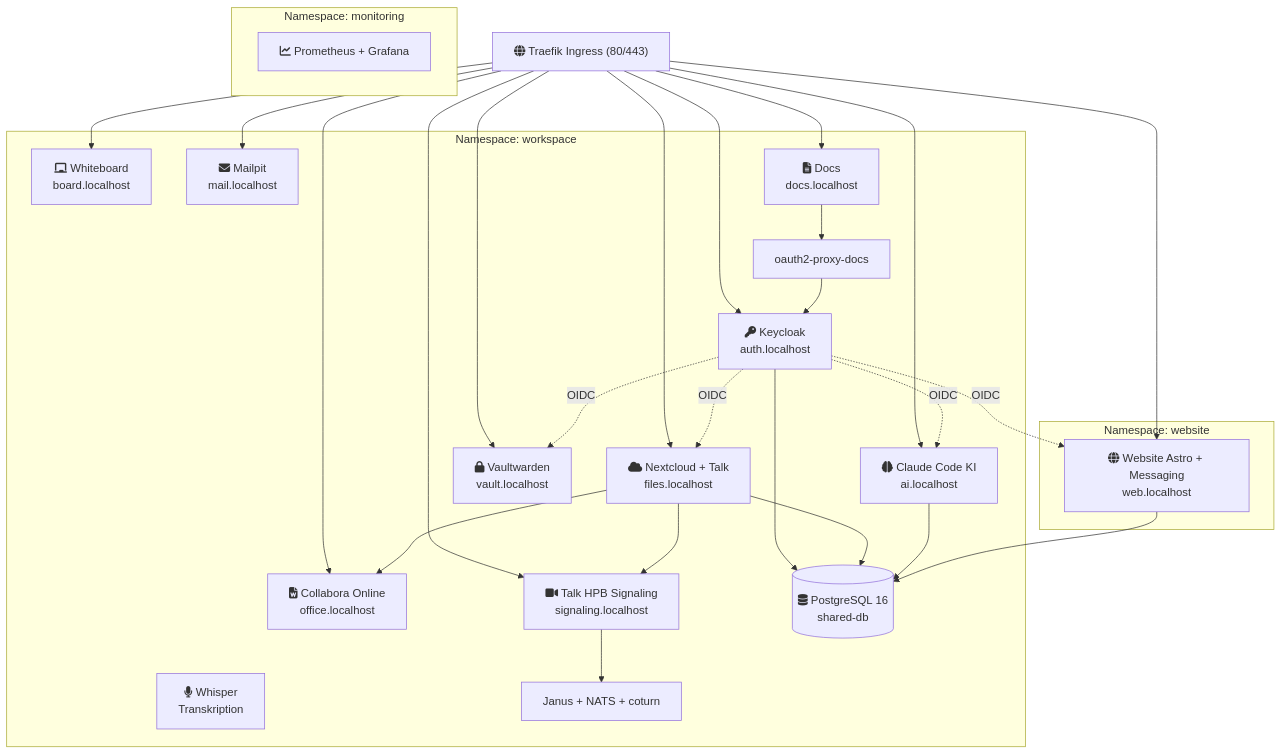
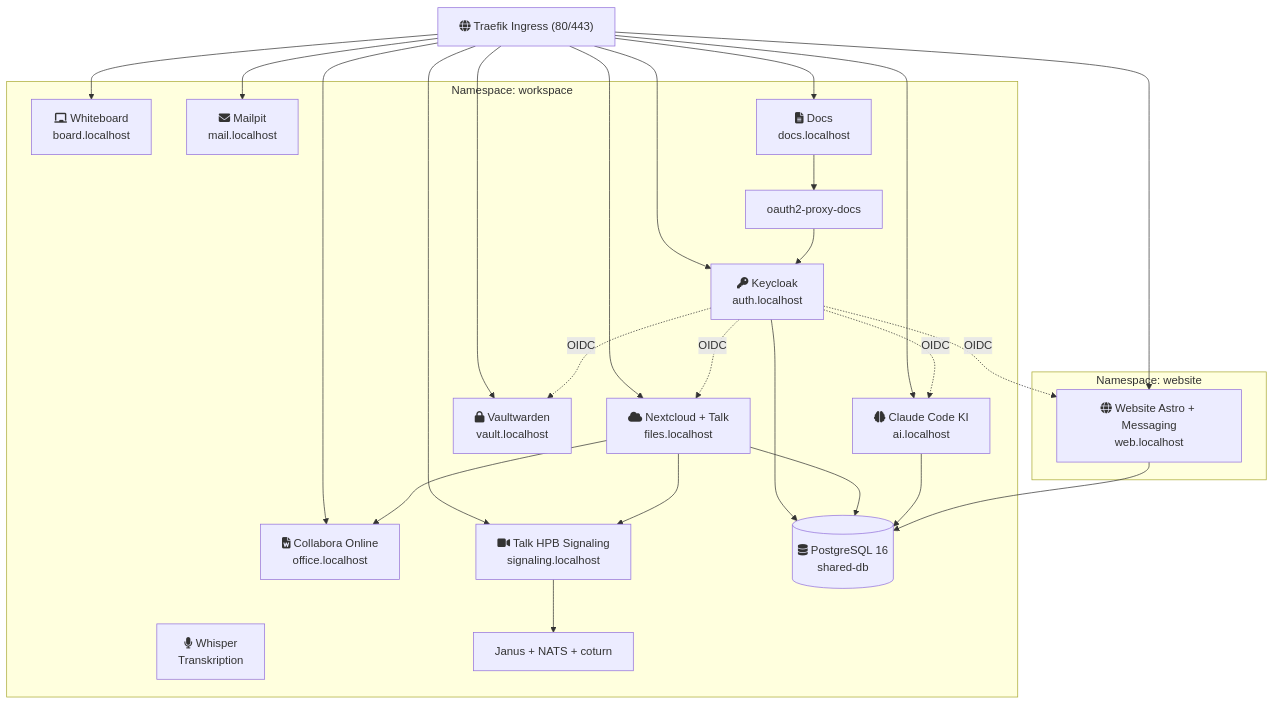
The diagram in CLAUDE.md (Paddione/Bachelorprojekt), drawn with Mermaid before and after one commit. The commit also changed other lines of this file and 4 other files, not shown here.

First line of the commit message:
docs: remove Prometheus and Grafana from architecture diagrams

````diff
--- a/CLAUDE.md
+++ b/CLAUDE.md
@@ -119,38 +119,34 @@
 ```mermaid
 graph TB
     Traefik["fa:fa-globe Traefik Ingress (80/443)"]
 
     subgraph workspace ["Namespace: workspace"]
         KC["fa:fa-key Keycloak<br/>auth.localhost"]
         NC["fa:fa-cloud Nextcloud + Talk<br/>files.localhost"]
         CO["fa:fa-file-word Collabora Online<br/>office.localhost"]
         HPB["fa:fa-video Talk HPB Signaling<br/>signaling.localhost"]
         OC["fa:fa-brain Claude Code KI<br/>ai.localhost"]
         VW["fa:fa-lock Vaultwarden<br/>vault.localhost"]
         WB["fa:fa-chalkboard Whiteboard<br/>board.localhost"]
         MP["fa:fa-envelope Mailpit<br/>mail.localhost"]
         DOCS["fa:fa-file-lines Docs<br/>docs.localhost"]
         OAUTH2[oauth2-proxy-docs]
         WHISPER["fa:fa-microphone Whisper<br/>Transkription"]
         JANUS[Janus + NATS + coturn]
         DB[("fa:fa-database PostgreSQL 16<br/>shared-db")]
     end
 
     subgraph website-ns ["Namespace: website"]
         WEB["fa:fa-globe Website Astro + Messaging<br/>web.localhost"]
     end
 
-    subgraph monitoring-ns ["Namespace: monitoring"]
-        PROM["fa:fa-chart-line Prometheus + Grafana"]
-    end
-
     Traefik --> KC & NC & CO & HPB & OC & VW & WB & MP & DOCS & WEB
 
     KC -. OIDC .-> NC & OC & VW & WEB
     OAUTH2 --> KC
     DOCS --> OAUTH2
     NC --> CO
     NC --> HPB --> JANUS
     KC & NC & OC --> DB
     WEB --> DB
 ```
````
